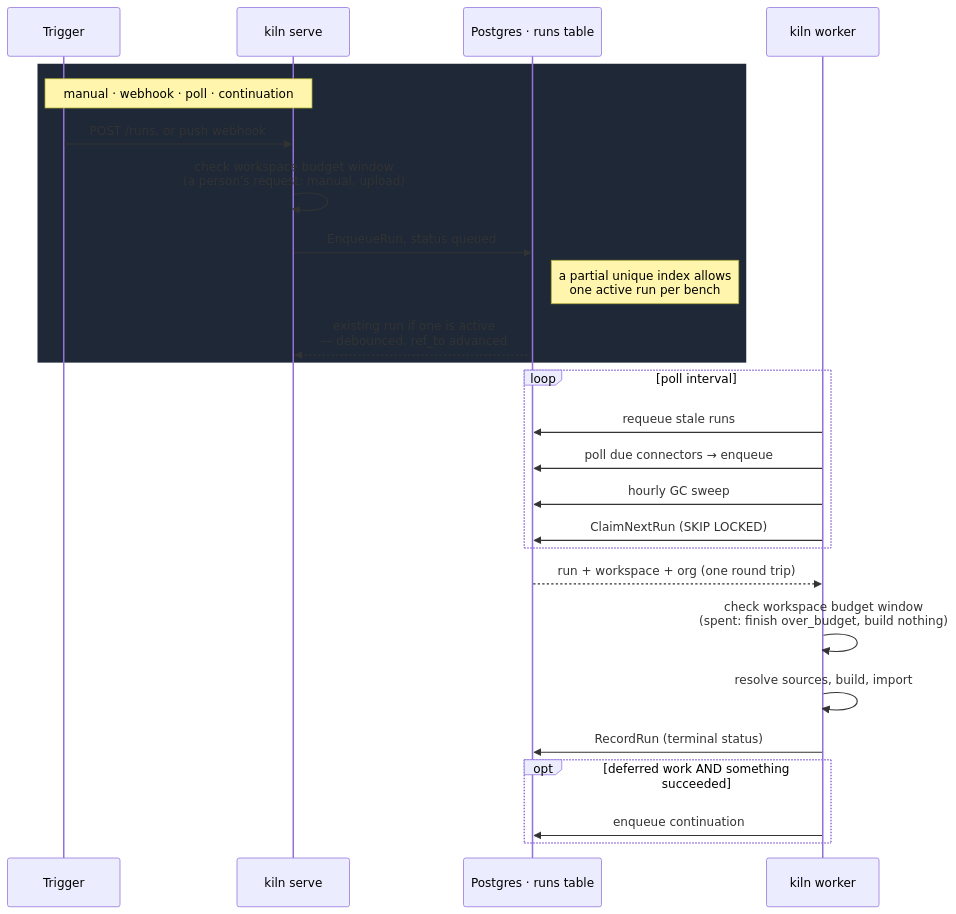
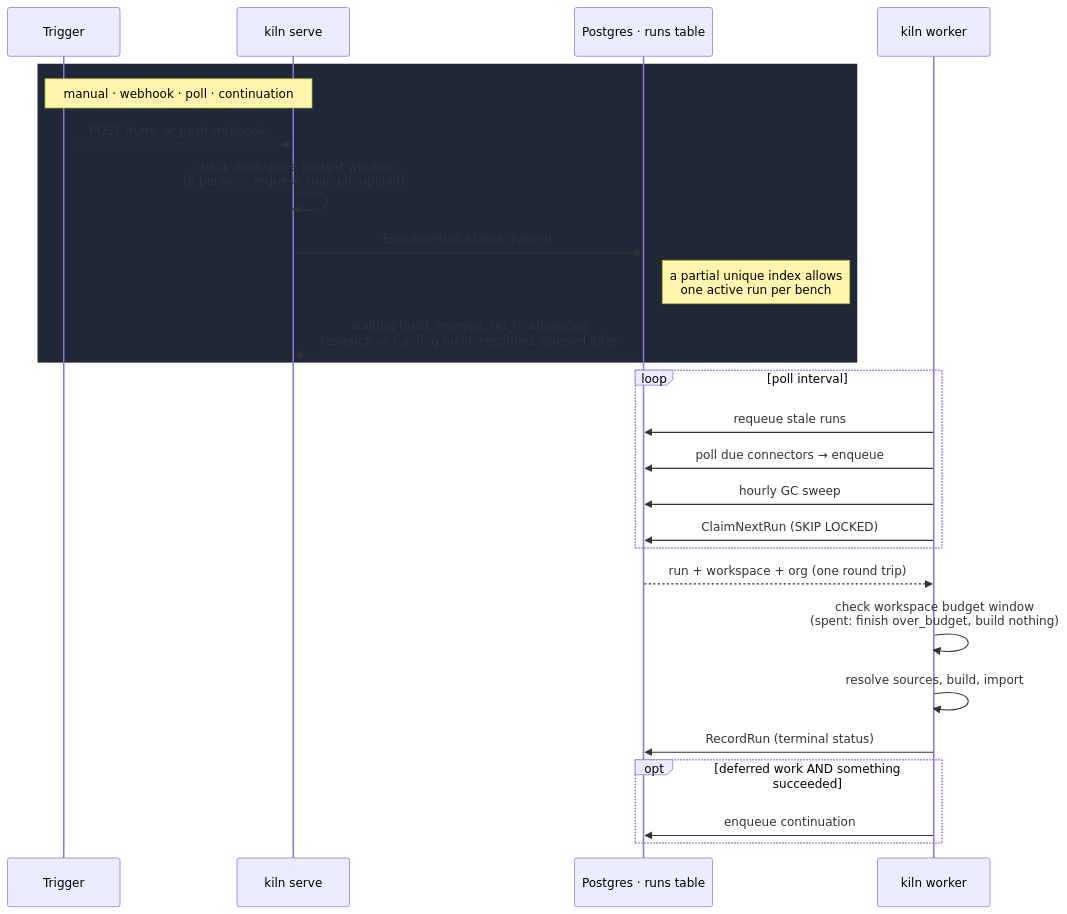
One commit to daiwa-zou/kiln changed the fourth of 17 diagrams in docs/architecture.md. Above: the diagram before and after it, drawn with Mermaid. The commit also changed other lines of this file and 8 other files, not shown here.

````diff
--- a/docs/architecture.md
+++ b/docs/architecture.md
@@ -236,31 +236,31 @@
 ```mermaid
 sequenceDiagram
     participant T as Trigger
     participant API as kiln serve
     participant DB as Postgres · runs table
     participant W as kiln worker
 
     rect rgb(30,40,55)
     note over T,API: manual · webhook · poll · continuation
     T->>API: POST /runs, or push webhook
     API->>API: check workspace budget window<br/>(a person's request: manual, upload)
     API->>DB: EnqueueRun, status queued
     note right of DB: a partial unique index allows<br/>one active run per bench
-    DB-->>API: existing run if one is active<br/>— debounced, ref_to advanced
+    DB-->>API: waiting build: merged, ref_to advanced<br/>research or running build: recorded, queued after
     end
 
     loop poll interval
         W->>DB: requeue stale runs
         W->>DB: poll due connectors → enqueue
         W->>DB: hourly GC sweep
         W->>DB: ClaimNextRun (SKIP LOCKED)
     end
 
     DB-->>W: run + workspace + org (one round trip)
     W->>W: check workspace budget window<br/>(spent: finish over_budget, build nothing)
     W->>W: resolve sources, build, import
     W->>DB: RecordRun (terminal status)
     opt deferred work AND something succeeded
         W->>DB: enqueue continuation
     end
 ```
````
